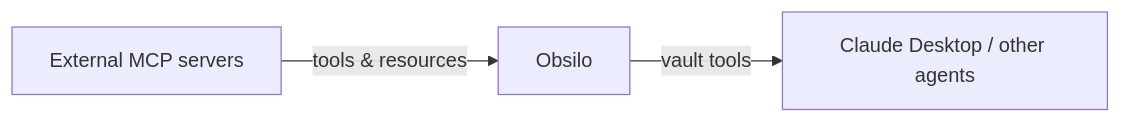
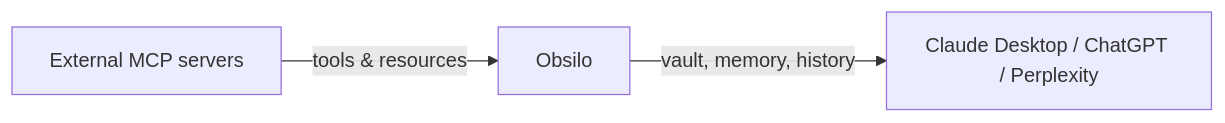
The diagram in docs/concepts/mcp-architecture.md (ivseb/vault-operator), drawn with Mermaid before and after one commit. The commit also changed other lines of this file and 18 other files, not shown here.

````diff
--- a/docs/concepts/mcp-architecture.md
+++ b/docs/concepts/mcp-architecture.md
@@ -12,5 +12,5 @@
 ```mermaid
 flowchart LR
     E[External MCP servers] -->|tools & resources| O[Obsilo]
-    O -->|vault tools| C[Claude Desktop / other agents]
+    O -->|vault, memory, history| C[Claude Desktop / ChatGPT / Perplexity]
 ```
````
